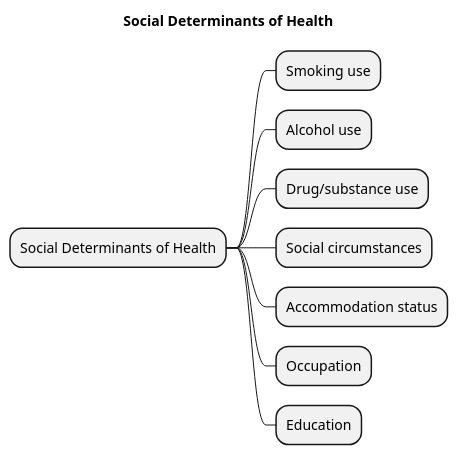
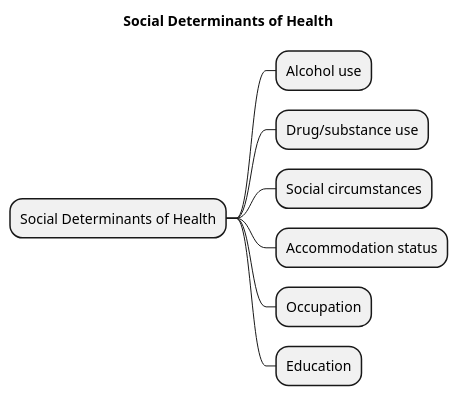
One commit to Virtually-Healthcare/virtually-healthcare.github.com changed the diagram in input/images-source/social-context-mindmap.plantuml. Above: the diagram before and after it, drawn with PlantUML. The commit also changed 5 other files, not shown here.

```diff
--- a/input/images-source/social-context-mindmap.plantuml
+++ b/input/images-source/social-context-mindmap.plantuml
@@ -1,14 +1,13 @@
 @startmindmap
 
 title "Social Determinants of Health"
 
 * Social Determinants of Health
-** Smoking use
 ** Alcohol use
 ** Drug/substance use
 ** Social circumstances
 ** Accommodation status
 ** Occupation
 ** Education
 
 @endmindmap
```
